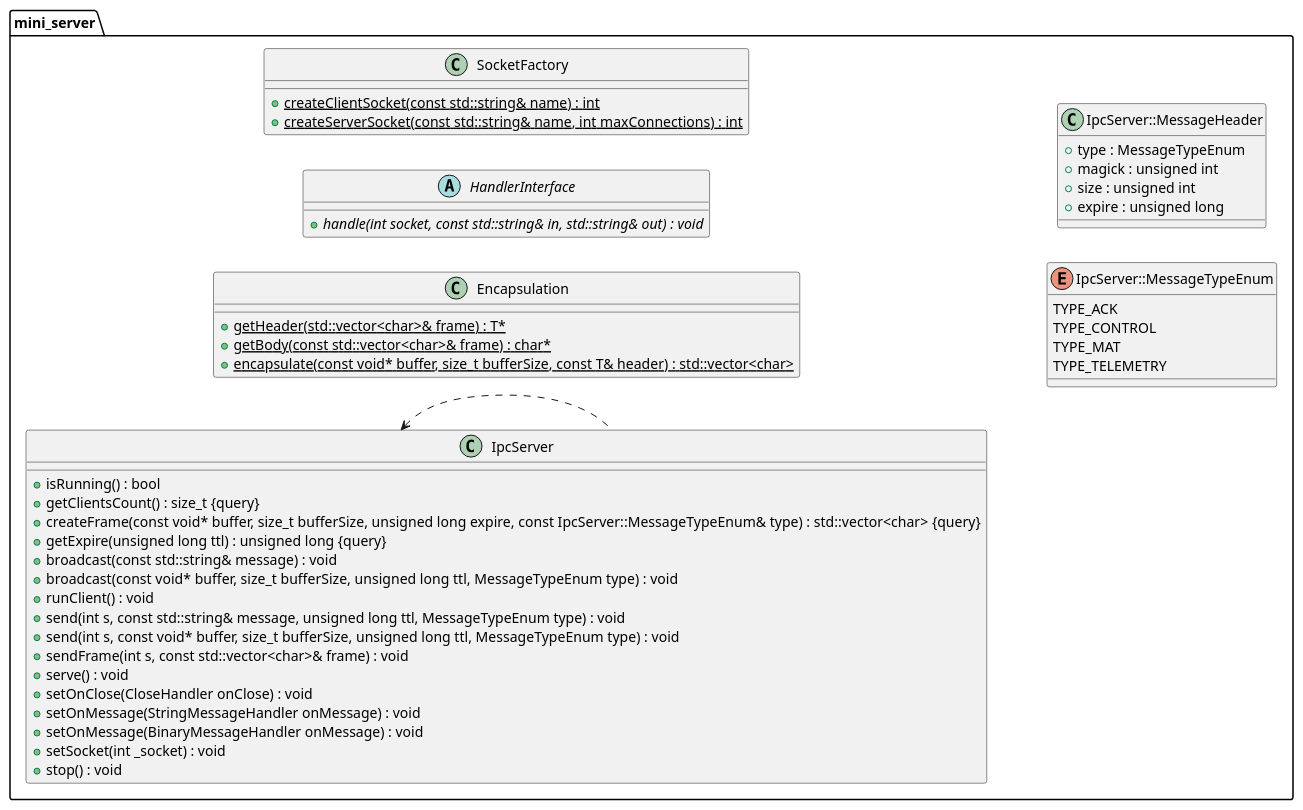
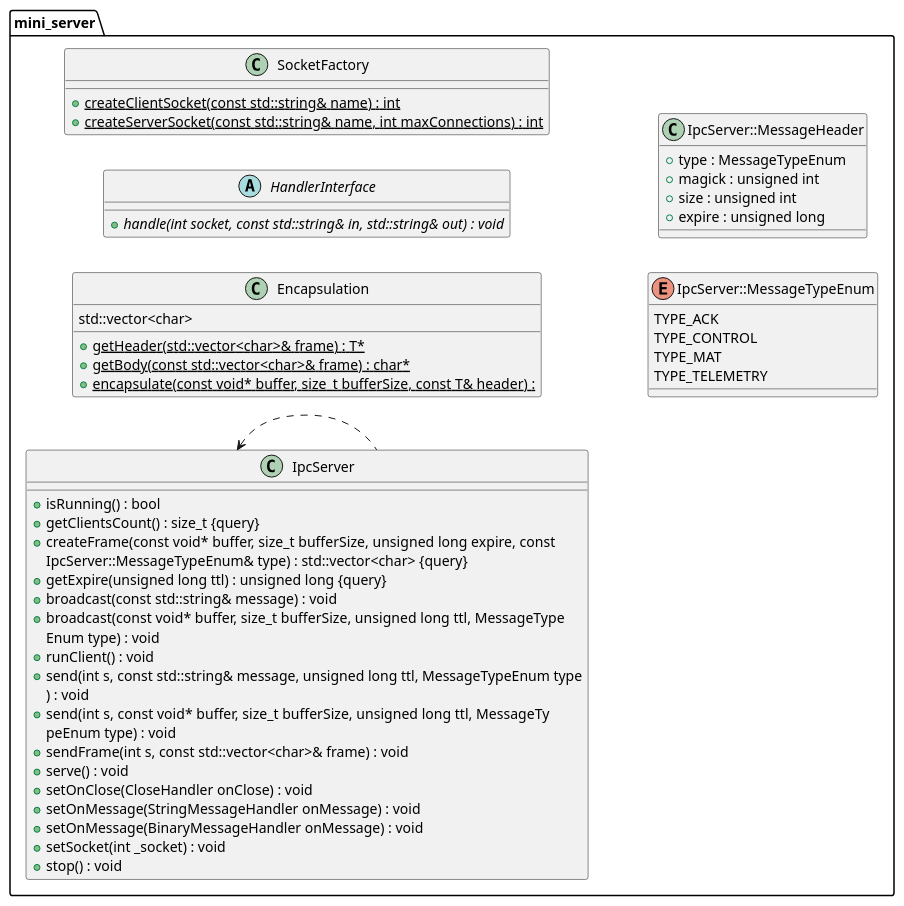
Before and after one commit to dimarick/embedded_cv: the diagram in classes_mini_server.puml, drawn with PlantUML. The commit also changed 2 other files, not shown here.

Commit message:
Подправил диаграмму

```diff
--- a/classes_mini_server.puml
+++ b/classes_mini_server.puml
@@ -1,94 +1,60 @@
 @startuml
 left to right direction
-
-
-
-
-
 /' Objects '/
-
 namespace mini_server {
 	class Encapsulation {
 		+{static} getHeader(std::vector<char>& frame) : T*
 		+{static} getBody(const std::vector<char>& frame) : char*
-		+{static} encapsulate(const void* buffer, size_t bufferSize, const T& header) : std::vector<char>
+		+{static} encapsulate(const void* buffer, size_t bufferSize, const T& header) : 
+std::vector<char>
 	}
-
 	abstract class HandlerInterface {
 		+{abstract} handle(int socket, const std::string& in, std::string& out) : void
 	}
-
 	class IpcServer {
 		+isRunning() : bool
 		+getClientsCount() : size_t {query}
-		+createFrame(const void* buffer, size_t bufferSize, unsigned long expire, const IpcServer::MessageTypeEnum& type) : std::vector<char> {query}
+		+createFrame(const void* buffer, size_t bufferSize, unsigned long expire, const 
+IpcServer::MessageTypeEnum& type) : std::vector<char> {query}
 		+getExpire(unsigned long ttl) : unsigned long {query}
 		+broadcast(const std::string& message) : void
-		+broadcast(const void* buffer, size_t bufferSize, unsigned long ttl, MessageTypeEnum type) : void
+		+broadcast(const void* buffer, size_t bufferSize, unsigned long ttl, MessageType
+Enum type) : void
 		+runClient() : void
-		+send(int s, const std::string& message, unsigned long ttl, MessageTypeEnum type) : void
-		+send(int s, const void* buffer, size_t bufferSize, unsigned long ttl, MessageTypeEnum type) : void
+		+send(int s, const std::string& message, unsigned long ttl, MessageTypeEnum type
+) : void
+		+send(int s, const void* buffer, size_t bufferSize, unsigned long ttl, MessageTy
+peEnum type) : void
 		+sendFrame(int s, const std::vector<char>& frame) : void
 		+serve() : void
 		+setOnClose(CloseHandler onClose) : void
 		+setOnMessage(StringMessageHandler onMessage) : void
 		+setOnMessage(BinaryMessageHandler onMessage) : void
 		+setSocket(int _socket) : void
 		+stop() : void
 	}
-
 	class SocketFactory {
 		+{static} createClientSocket(const std::string& name) : int
 		+{static} createServerSocket(const std::string& name, int maxConnections) : int
 	}
-
 	enum IpcServer::MessageTypeEnum {
 		TYPE_ACK
 		TYPE_CONTROL
 		TYPE_MAT
 		TYPE_TELEMETRY
 	}
-
 	class IpcServer::MessageHeader {
 		+type : MessageTypeEnum
 		+magick : unsigned int
 		+size : unsigned int
 		+expire : unsigned long
 	}
 }
-
-
-
-
-
 /' Inheritance relationships '/
-
-
-
-
 /' Aggregation relationships '/
-
-
-
-
-
 /' Dependency relationships '/
-
 mini_server.IpcServer <.. mini_server.IpcServer
-
-
-
-
-
-
 /' Nested objects '/
-
 mini_server.IpcServer +-- mini_server.IpcServer.MessageHeader
-
-
 mini_server.IpcServer +-- mini_server.IpcServer.MessageTypeEnum
-
-
-
-
 @enduml
```
